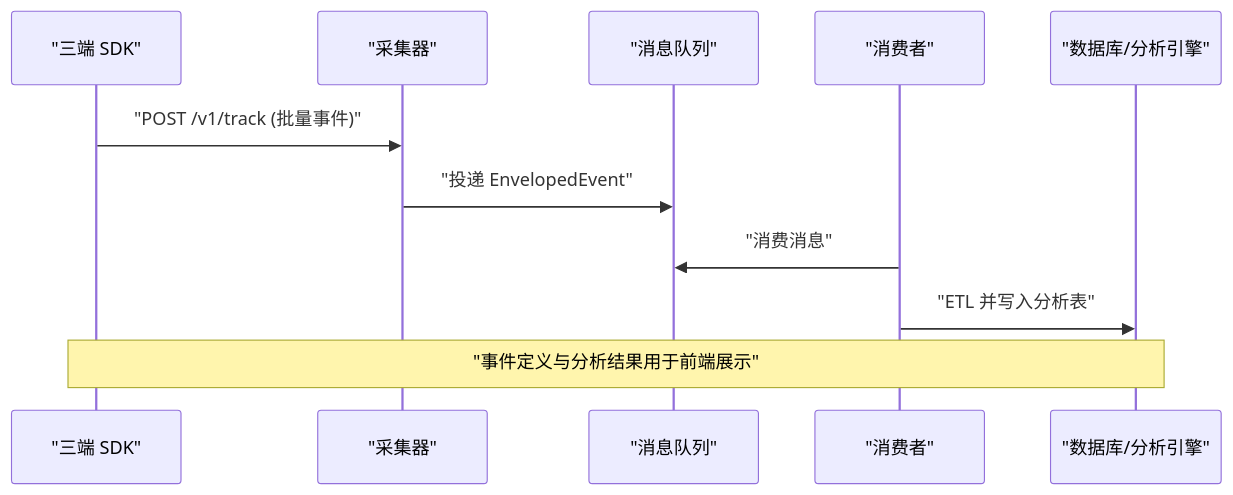
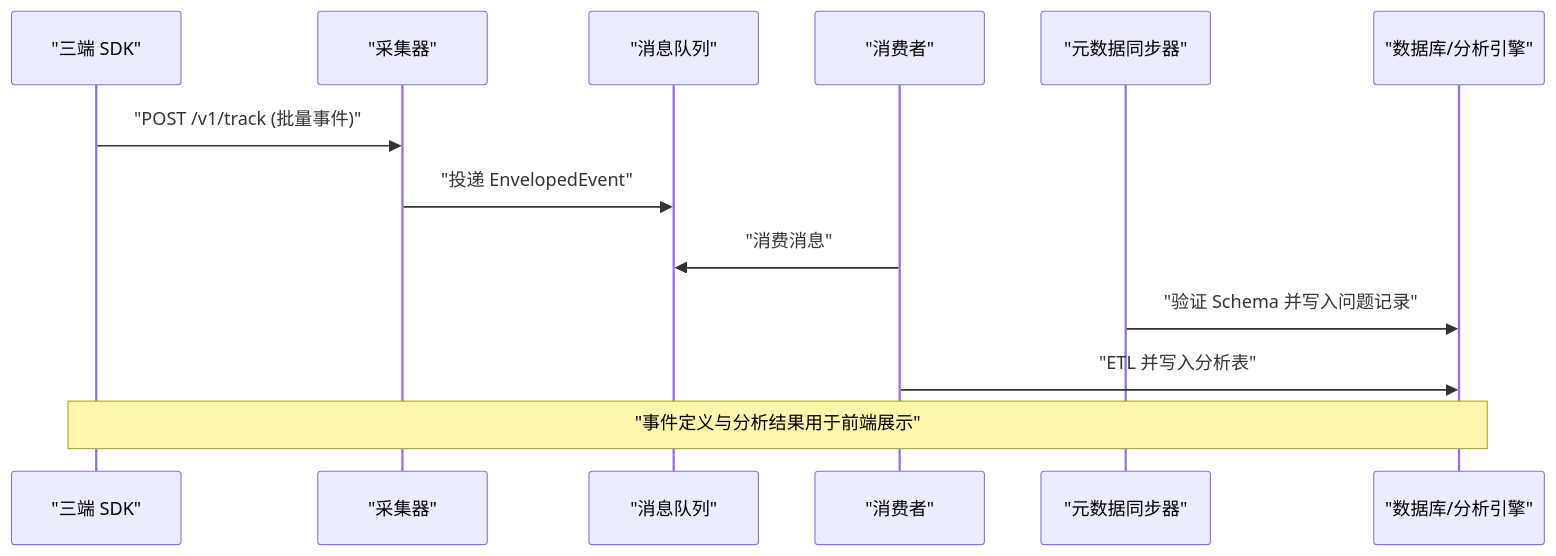
Before and after one commit to zhen-zhong/AeroLog: the second of 11 diagrams in .qoder/repowiki/zh/content/Web控制台/事件管理功能.md, drawn with Mermaid. The commit also changed other lines of this file and 130 other files, not shown here.

````diff
--- a/.qoder/repowiki/zh/content/Web控制台/事件管理功能.md
+++ b/.qoder/repowiki/zh/content/Web控制台/事件管理功能.md
@@ -110,13 +143,15 @@
 ```mermaid
 sequenceDiagram
 participant SDK as "三端 SDK"
 participant COL as "采集器"
 participant MQ as "消息队列"
 participant CON as "消费者"
+participant SYNC as "元数据同步器"
 participant DB as "数据库/分析引擎"
 SDK->>COL : "POST /v1/track (批量事件)"
 COL->>MQ : "投递 EnvelopedEvent"
 CON->>MQ : "消费消息"
+SYNC->>DB : "验证 Schema 并写入问题记录"
 CON->>DB : "ETL 并写入分析表"
 Note over SDK,DB : "事件定义与分析结果用于前端展示"
 ```
````
